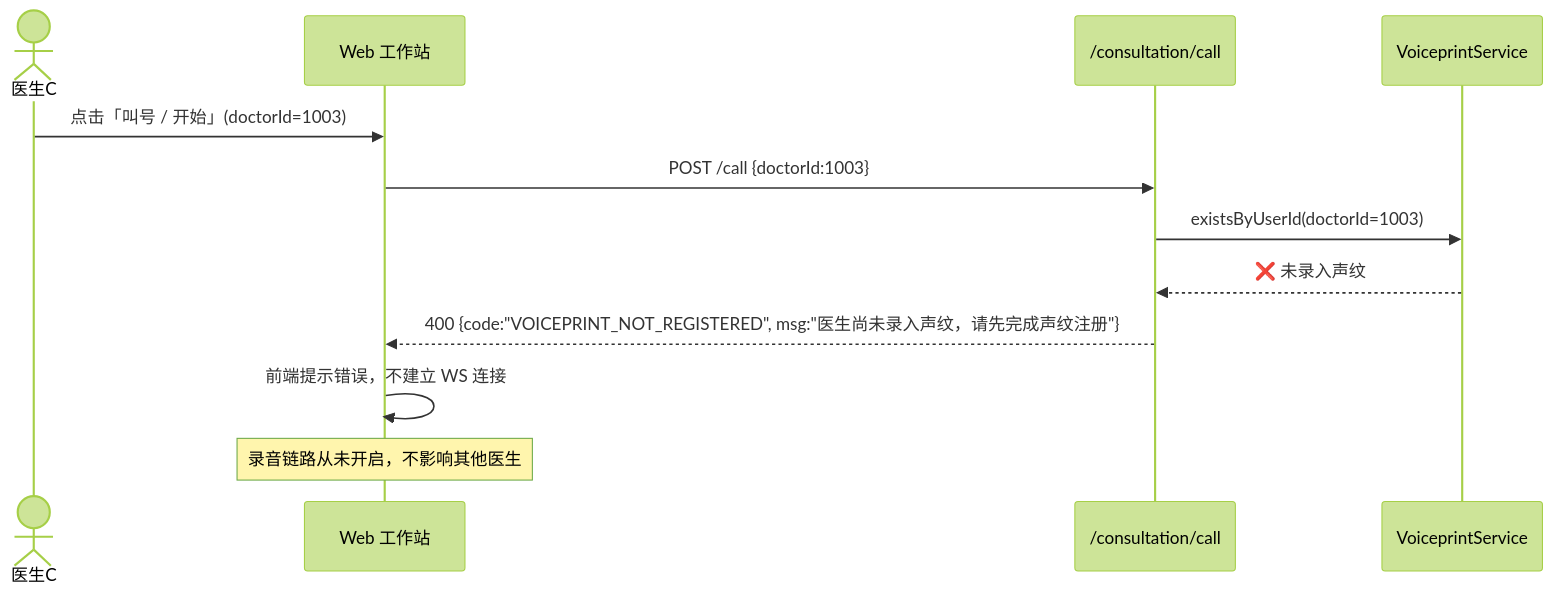
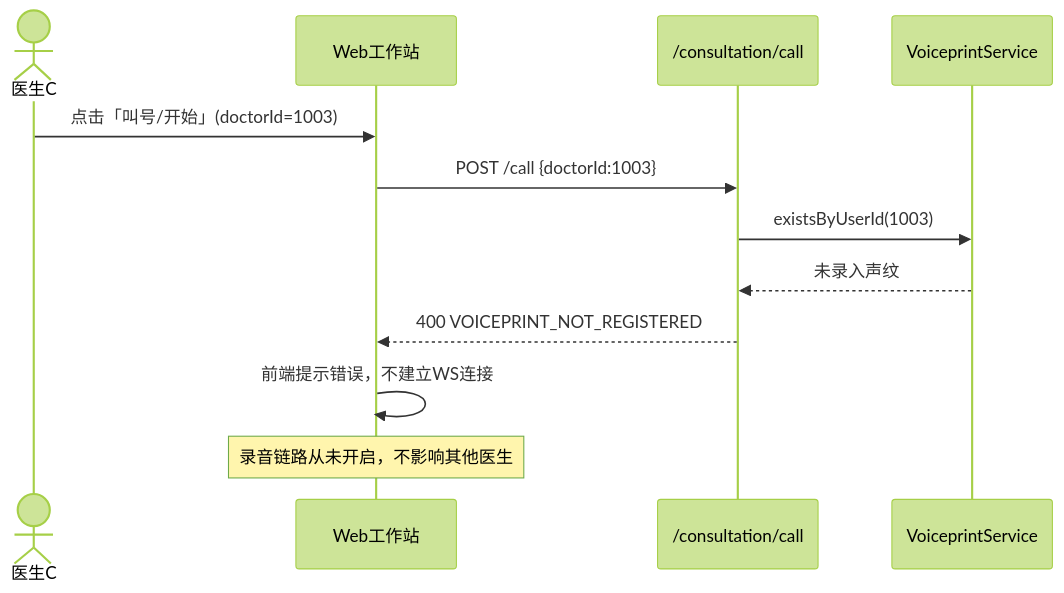
Before and after one commit to Gamehu/pictures-bed: the third of 6 diagrams in uml/goodsop/v1.5-recording/web-recording.md, drawn with Mermaid (forest theme). The commit also changed other lines of this file and 2 other files, not shown here.

First line of the commit message:
fix: 修复 Mermaid 架构图渲染问题

````diff
--- a/uml/goodsop/v1.5-recording/web-recording.md
+++ b/uml/goodsop/v1.5-recording/web-recording.md
@@ -183,15 +176,15 @@
 ```mermaid
 sequenceDiagram
     actor 医生C
-    participant WEB as Web 工作站
+    participant WEB as Web工作站
     participant CallAPI as /consultation/call
     participant VP as VoiceprintService
 
-    医生C ->> WEB: 点击「叫号 / 开始」(doctorId=1003)
+    医生C ->> WEB: 点击「叫号/开始」(doctorId=1003)
     WEB ->> CallAPI: POST /call {doctorId:1003}
-    CallAPI ->> VP: existsByUserId(doctorId=1003)
-    VP -->> CallAPI: ❌ 未录入声纹
-    CallAPI -->> WEB: 400 {code:"VOICEPRINT_NOT_REGISTERED", msg:"医生尚未录入声纹，请先完成声纹注册"}
-    WEB ->> WEB: 前端提示错误，不建立 WS 连接
+    CallAPI ->> VP: existsByUserId(1003)
+    VP -->> CallAPI: 未录入声纹
+    CallAPI -->> WEB: 400 VOICEPRINT_NOT_REGISTERED
+    WEB ->> WEB: 前端提示错误，不建立WS连接
     Note over WEB: 录音链路从未开启，不影响其他医生
 ```
````
